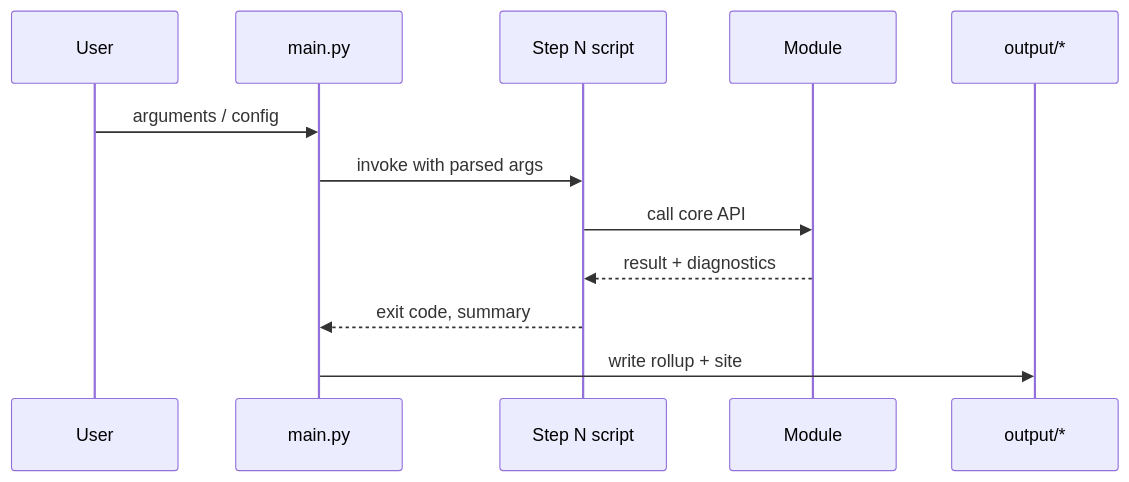
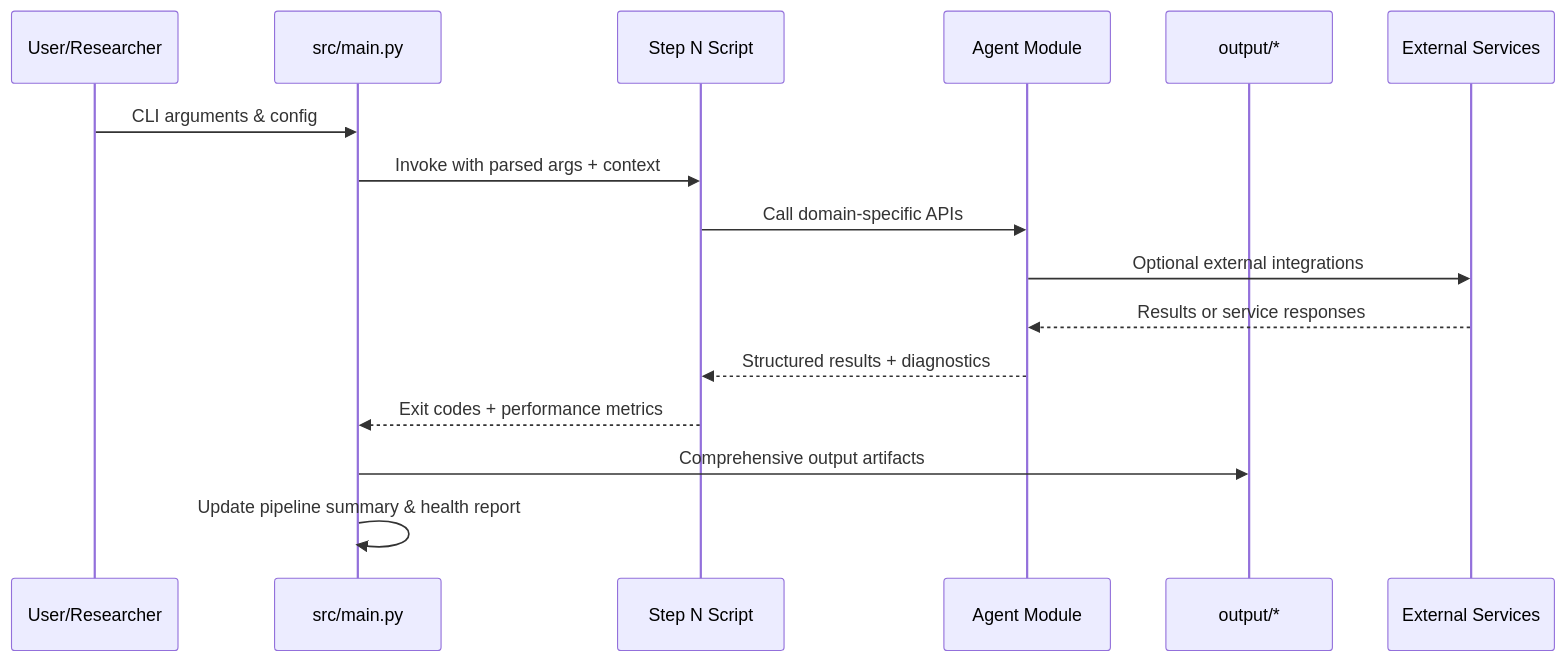
Before and after one commit to ActiveInferenceInstitute/GeneralizedNotationNotation: the second of 7 diagrams in ARCHITECTURE.md, drawn with Mermaid. The commit also changed other lines of this file and 107 other files, not shown here.

````diff
--- a/ARCHITECTURE.md
+++ b/ARCHITECTURE.md
@@ -27,14 +62,19 @@
 ```mermaid
 sequenceDiagram
-  participant U as User
-  participant M as main.py
-  participant S as Step N script
-  participant Mod as Module
+  participant U as User/Researcher
+  participant M as src/main.py
+  participant S as Step N Script
+  participant Mod as Agent Module
   participant Out as output/*
-  U->>M: arguments / config
-  M->>S: invoke with parsed args
-  S->>Mod: call core API
-  Mod-->>S: result + diagnostics
-  S-->>M: exit code, summary
-  M->>Out: write rollup + site
+  participant Ext as External Services
+
+  U->>M: CLI arguments & config
+  M->>S: Invoke with parsed args + context
+  S->>Mod: Call domain-specific APIs
+  Mod->>Ext: Optional external integrations
+  Ext-->>Mod: Results or service responses
+  Mod-->>S: Structured results + diagnostics
+  S-->>M: Exit codes + performance metrics
+  M->>Out: Comprehensive output artifacts
+  M->>M: Update pipeline summary & health report
 ```
````
